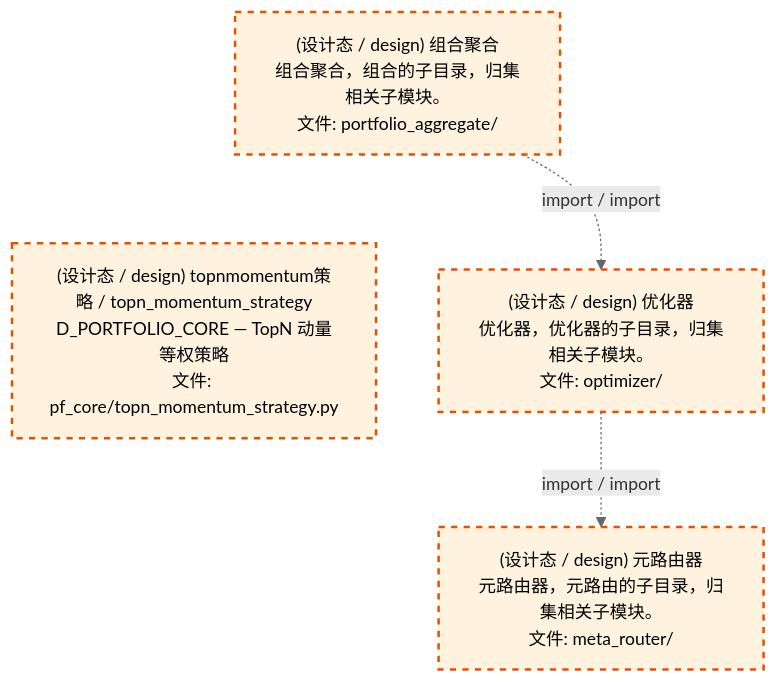
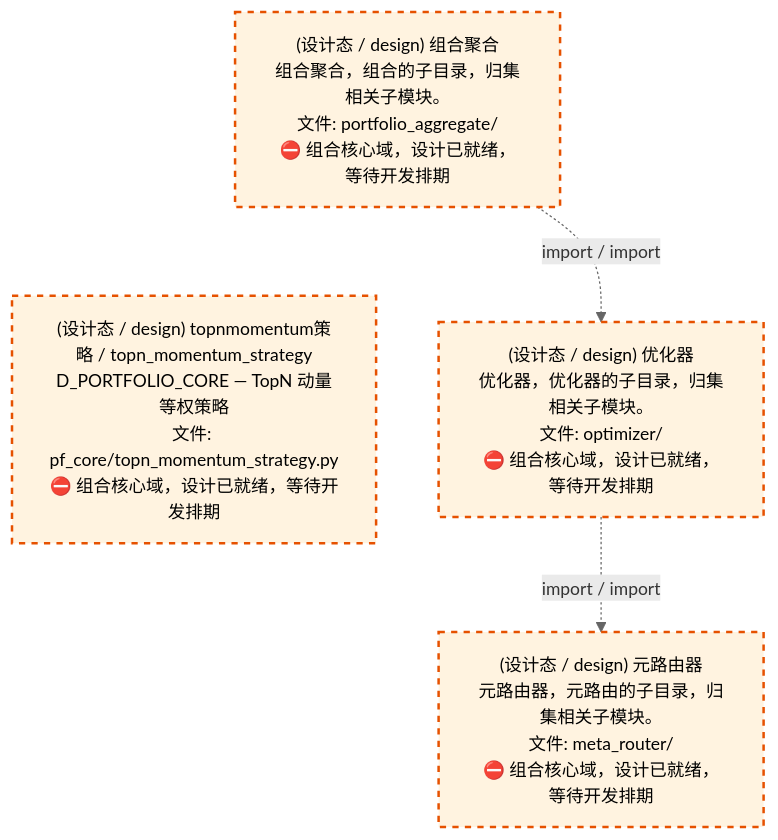
One commit to xuanFelixVan/ZephyrAlpha changed the third of 4 diagrams in docs/02_enterprise_architecture/02_domain_architecture_docs/63_d_pf_core.md. Above: the diagram before and after it, drawn with Mermaid. The commit also changed other lines of this file and 50 other files, not shown here.

````diff
--- a/docs/02_enterprise_architecture/02_domain_architecture_docs/63_d_pf_core.md
+++ b/docs/02_enterprise_architecture/02_domain_architecture_docs/63_d_pf_core.md
@@ -176,16 +176,16 @@
 ```mermaid
 %%{init: {'theme': 'base', 'themeVariables': {'primaryColor': '#eaeaea', 'primaryTextColor': '#333333', 'primaryBorderColor': '#666666', 'lineColor': '#666666', 'secondaryColor': '#eaeaea', 'tertiaryColor': '#eaeaea', 'fontSize': '14px'}}}%%
 flowchart TD
-    src_zephyr_pf_core_portfolio_aggregate["(设计态 / design) 组合聚合<br/>组合聚合，组合的子目录，归集相关子模块。<br/>文件: portfolio_aggregate/"]
-    src_zephyr_pf_core_topn_momentum_strategy_py["(设计态 / design) topnmomentum策略 / topn_momentum_strategy<br/>D_PORTFOLIO_CORE — TopN 动量等权策略<br/>文件: pf_core/topn_momentum_strategy.py"]
+    src_zephyr_pf_core_portfolio_aggregate["(设计态 / design) 组合聚合<br/>组合聚合，组合的子目录，归集相关子模块。<br/>文件: portfolio_aggregate/<br/>⛔ 组合核心域，设计已就绪，等待开发排期"]
+    src_zephyr_pf_core_topn_momentum_strategy_py["(设计态 / design) topnmomentum策略 / topn_momentum_strategy<br/>D_PORTFOLIO_CORE — TopN 动量等权策略<br/>文件: pf_core/topn_momentum_strategy.py<br/>⛔ 组合核心域，设计已就绪，等待开发排期"]
     src_zephyr_pf_core_portfolio_aggregate ~~~ src_zephyr_pf_core_topn_momentum_strategy_py
-    src_zephyr_pf_core_optimizer["(设计态 / design) 优化器<br/>优化器，优化器的子目录，归集相关子模块。<br/>文件: optimizer/"]
-    src_zephyr_pf_core_meta_router["(设计态 / design) 元路由器<br/>元路由器，元路由的子目录，归集相关子模块。<br/>文件: meta_router/"]
+    src_zephyr_pf_core_optimizer["(设计态 / design) 优化器<br/>优化器，优化器的子目录，归集相关子模块。<br/>文件: optimizer/<br/>⛔ 组合核心域，设计已就绪，等待开发排期"]
+    src_zephyr_pf_core_meta_router["(设计态 / design) 元路由器<br/>元路由器，元路由的子目录，归集相关子模块。<br/>文件: meta_router/<br/>⛔ 组合核心域，设计已就绪，等待开发排期"]
     src_zephyr_pf_core_optimizer -.->|import / import| src_zephyr_pf_core_meta_router
     src_zephyr_pf_core_portfolio_aggregate -.->|import / import| src_zephyr_pf_core_optimizer
     classDef production fill:#e1f5fe,stroke:#01579b,stroke-width:2px,color:#000
     classDef design fill:#fff3e0,stroke:#e65100,stroke-width:2px,color:#000,stroke-dasharray: 5 5
     classDef external_prod fill:#e8f4fd,stroke:#0277bd,stroke-width:1px,color:#000
     classDef external_design fill:#fff8e7,stroke:#ef6c00,stroke-width:1px,color:#000,stroke-dasharray: 5 5
     class src_zephyr_pf_core_meta_router,src_zephyr_pf_core_optimizer,src_zephyr_pf_core_portfolio_aggregate,src_zephyr_pf_core_topn_momentum_strategy_py design
 ```
````
